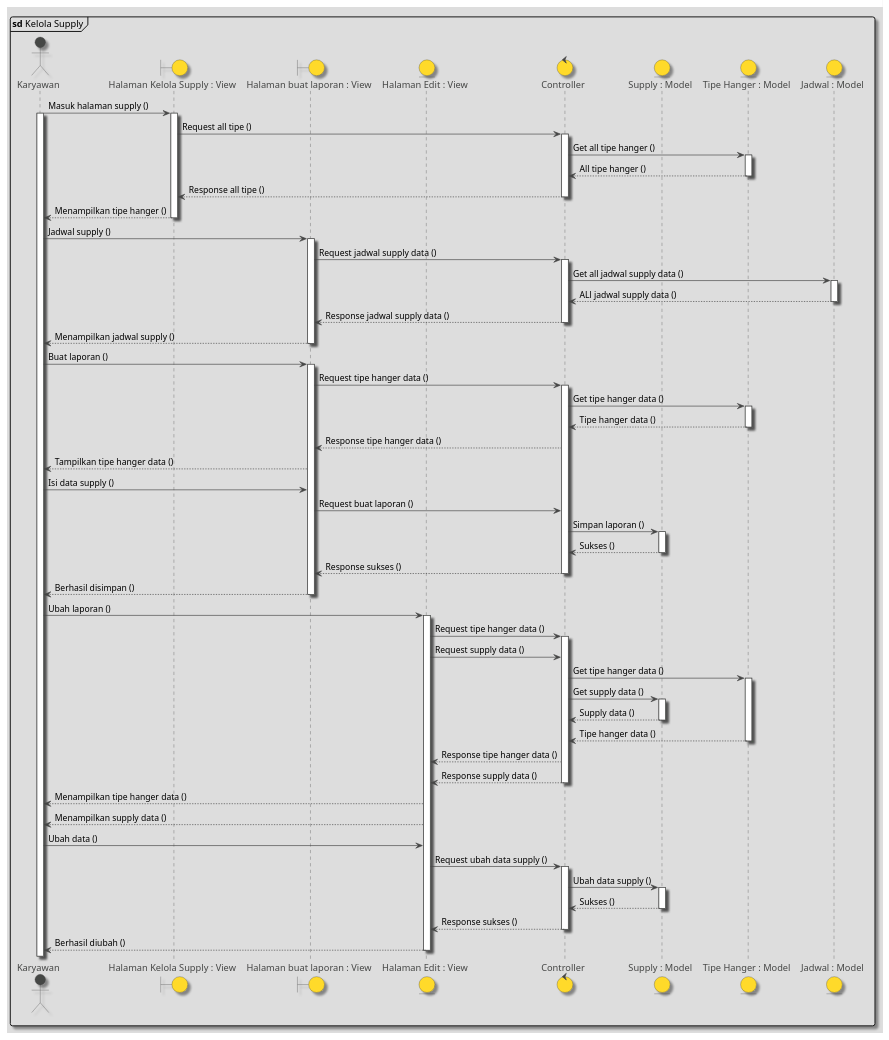
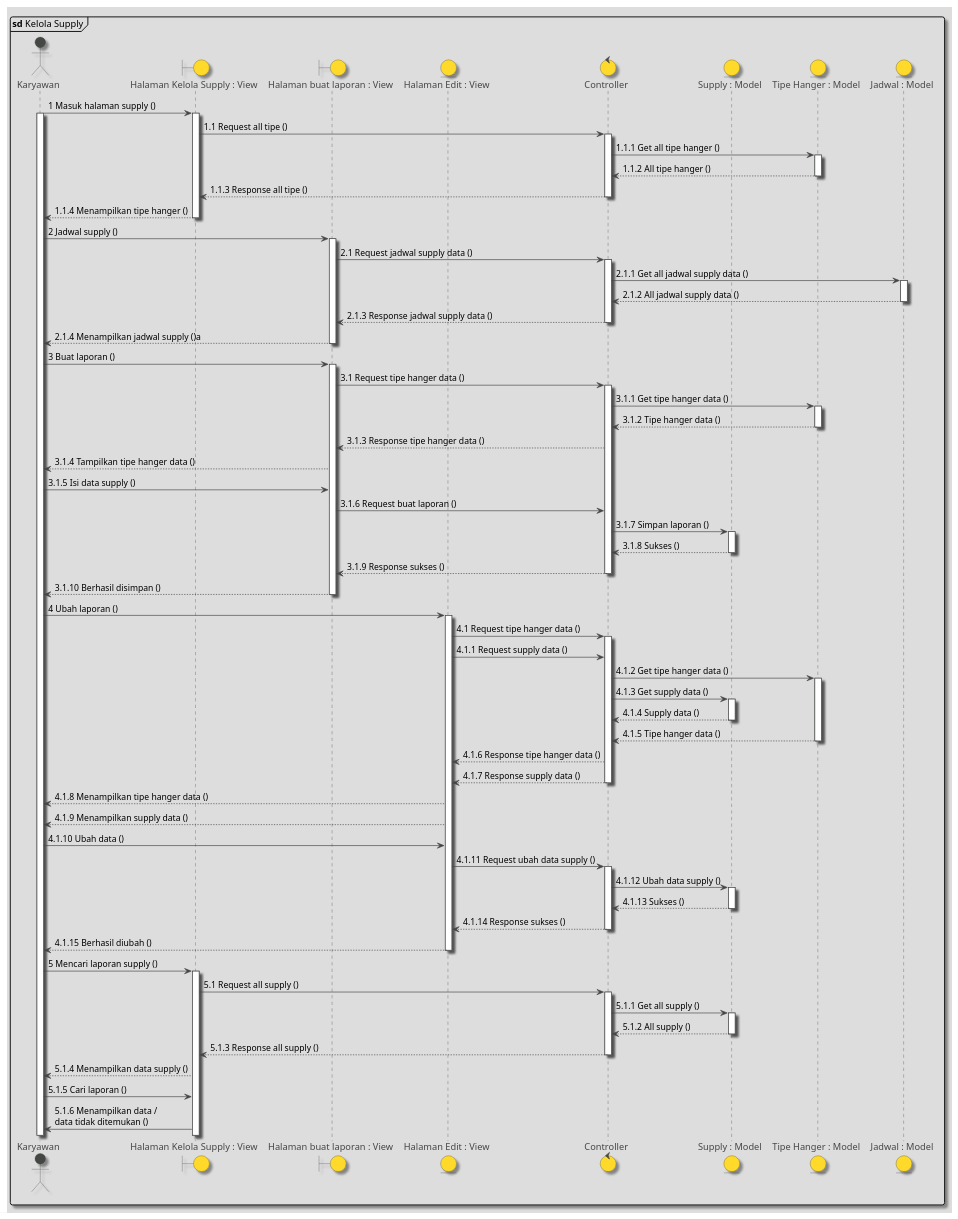
The diagram in Diagrams/SequenceDiagrams/KelolaSupply.puml (marlisumarli/hanger-scheduling), drawn with PlantUML before and after one commit. The commit also changed 10 other files, not shown here.

```diff
--- a/Diagrams/SequenceDiagrams/KelolaSupply.puml
+++ b/Diagrams/SequenceDiagrams/KelolaSupply.puml
@@ -1,80 +1,89 @@
 @startuml
 
 !theme toy
 skinparam shadowing true
 mainframe **sd** Kelola Supply
 
 actor Karyawan as karyawan
 boundary "Halaman Kelola Supply : View" as kelolaSupply
 boundary "Halaman buat laporan : View" as buatLaporan
 entity "Halaman Edit : View" as halamanEdit
 control Controller as controller
 entity "Supply : Model" as tabelSupply
 entity "Tipe Hanger : Model" as tabelTipe
 entity "Jadwal : Model" as tabelJadwal
 
-karyawan -> kelolaSupply ++ : Masuk halaman supply ()
+karyawan -> kelolaSupply ++ : 1 Masuk halaman supply ()
 activate karyawan
-kelolaSupply -> controller ++ : Request all tipe ()
-controller -> tabelTipe ++ : Get all tipe hanger ()
-tabelTipe --> controller : All tipe hanger ()
+kelolaSupply -> controller ++ : 1.1 Request all tipe ()
+controller -> tabelTipe ++ : 1.1.1 Get all tipe hanger ()
+tabelTipe --> controller : 1.1.2 All tipe hanger ()
 deactivate tabelTipe
-controller --> kelolaSupply : Response all tipe ()
+controller --> kelolaSupply : 1.1.3 Response all tipe ()
 deactivate controller
-kelolaSupply --> karyawan : Menampilkan tipe hanger ()
+kelolaSupply --> karyawan : 1.1.4 Menampilkan tipe hanger ()
 deactivate kelolaSupply
 
-karyawan -> buatLaporan ++ : Jadwal supply ()
-buatLaporan -> controller ++ : Request jadwal supply data ()
-controller -> tabelJadwal ++ : Get all jadwal supply data ()
-tabelJadwal --> controller : ALl jadwal supply data ()
+karyawan -> buatLaporan ++ : 2 Jadwal supply ()
+buatLaporan -> controller ++ : 2.1 Request jadwal supply data ()
+controller -> tabelJadwal ++ : 2.1.1 Get all jadwal supply data ()
+tabelJadwal --> controller : 2.1.2 All jadwal supply data ()
 deactivate tabelJadwal
-controller --> buatLaporan : Response jadwal supply data ()
+controller --> buatLaporan : 2.1.3 Response jadwal supply data ()
 deactivate controller
-buatLaporan --> karyawan : Menampilkan jadwal supply ()
+buatLaporan --> karyawan : 2.1.4 Menampilkan jadwal supply ()a
 deactivate buatLaporan
-karyawan -> buatLaporan ++ : Buat laporan ()
-buatLaporan -> controller ++ : Request tipe hanger data ()
-controller -> tabelTipe ++ : Get tipe hanger data ()
-tabelTipe --> controller : Tipe hanger data ()
+karyawan -> buatLaporan ++ : 3 Buat laporan ()
+buatLaporan -> controller ++ : 3.1 Request tipe hanger data ()
+controller -> tabelTipe ++ : 3.1.1 Get tipe hanger data ()
+tabelTipe --> controller : 3.1.2 Tipe hanger data ()
 deactivate tabelTipe
-controller --> buatLaporan : Response tipe hanger data ()
-buatLaporan --> karyawan : Tampilkan tipe hanger data ()
-karyawan -> buatLaporan : Isi data supply ()
-buatLaporan -> controller : Request buat laporan ()
-controller -> tabelSupply ++ : Simpan laporan ()
-tabelSupply --> controller : Sukses ()
+controller --> buatLaporan : 3.1.3 Response tipe hanger data ()
+buatLaporan --> karyawan : 3.1.4 Tampilkan tipe hanger data ()
+karyawan -> buatLaporan : 3.1.5 Isi data supply ()
+buatLaporan -> controller : 3.1.6 Request buat laporan ()
+controller -> tabelSupply ++ : 3.1.7 Simpan laporan ()
+tabelSupply --> controller : 3.1.8 Sukses ()
 deactivate tabelSupply
-controller --> buatLaporan : Response sukses ()
+controller --> buatLaporan : 3.1.9 Response sukses ()
 deactivate controller
-buatLaporan --> karyawan : Berhasil disimpan ()
+buatLaporan --> karyawan : 3.1.10 Berhasil disimpan ()
 deactivate buatLaporan
 
-karyawan -> halamanEdit ++ : Ubah laporan ()
-halamanEdit -> controller ++ : Request tipe hanger data ()
-halamanEdit -> controller : Request supply data ()
-controller -> tabelTipe ++ : Get tipe hanger data ()
-controller -> tabelSupply ++ : Get supply data ()
-tabelSupply --> controller : Supply data ()
+karyawan -> halamanEdit ++ : 4 Ubah laporan ()
+halamanEdit -> controller ++ : 4.1 Request tipe hanger data ()
+halamanEdit -> controller : 4.1.1 Request supply data ()
+controller -> tabelTipe ++ : 4.1.2 Get tipe hanger data ()
+controller -> tabelSupply ++ : 4.1.3 Get supply data ()
+tabelSupply --> controller : 4.1.4 Supply data ()
 deactivate tabelSupply
-tabelTipe --> controller : Tipe hanger data ()
+tabelTipe --> controller : 4.1.5 Tipe hanger data ()
 deactivate tabelTipe
-controller --> halamanEdit : Response tipe hanger data ()
-controller --> halamanEdit : Response supply data ()
+controller --> halamanEdit : 4.1.6 Response tipe hanger data ()
+controller --> halamanEdit : 4.1.7 Response supply data ()
 deactivate controller
-halamanEdit --> karyawan : Menampilkan tipe hanger data ()
-halamanEdit --> karyawan : Menampilkan supply data ()
-karyawan -> halamanEdit : Ubah data ()
-halamanEdit -> controller ++ : Request ubah data supply ()
-controller -> tabelSupply ++ : Ubah data supply ()
-tabelSupply --> controller : Sukses ()
+halamanEdit --> karyawan : 4.1.8 Menampilkan tipe hanger data ()
+halamanEdit --> karyawan : 4.1.9 Menampilkan supply data ()
+karyawan -> halamanEdit : 4.1.10 Ubah data ()
+halamanEdit -> controller ++ : 4.1.11 Request ubah data supply ()
+controller -> tabelSupply ++ : 4.1.12 Ubah data supply ()
+tabelSupply --> controller : 4.1.13 Sukses ()
 deactivate tabelSupply
-controller --> halamanEdit : Response sukses ()
+controller --> halamanEdit : 4.1.14 Response sukses ()
 deactivate controller
-halamanEdit --> karyawan : Berhasil diubah ()
+halamanEdit --> karyawan : 4.1.15 Berhasil diubah ()
 deactivate halamanEdit
 
+karyawan -> kelolaSupply ++ : 5 Mencari laporan supply ()
+kelolaSupply -> controller ++ : 5.1 Request all supply ()
+controller -> tabelSupply ++ : 5.1.1 Get all supply ()
+tabelSupply --> controller : 5.1.2 All supply ()
+deactivate tabelSupply
+controller --> kelolaSupply : 5.1.3 Response all supply ()
+deactivate controller
+kelolaSupply --> karyawan : 5.1.4 Menampilkan data supply ()
 
-
+karyawan -> kelolaSupply : 5.1.5 Cari laporan ()
+kelolaSupply -> karyawan : 5.1.6 Menampilkan data / \ndata tidak ditemukan ()
 
 @enduml
```
